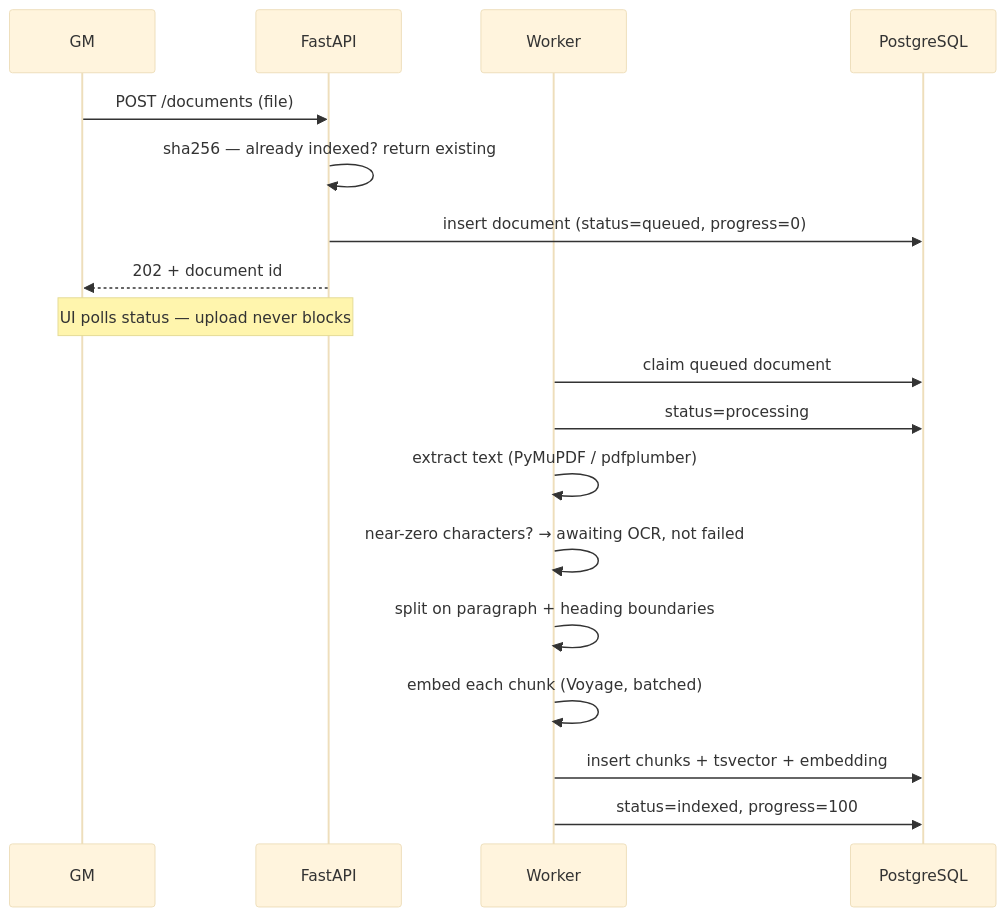
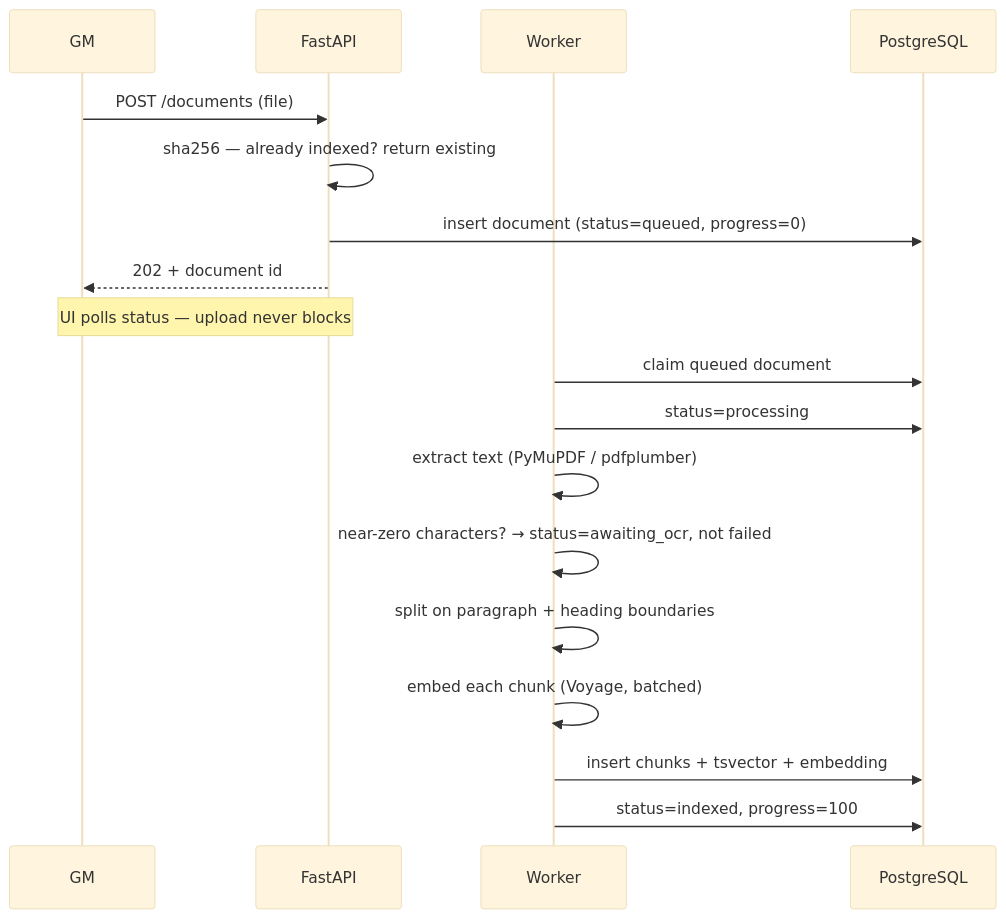
The second of 4 diagrams in docs/architecture.md (PiotrMieszczak/Quillbert), drawn with Mermaid (base theme) before and after one commit. The commit also changed 10 other files, not shown here.

````diff
--- a/docs/architecture.md
+++ b/docs/architecture.md
@@ -119,22 +119,22 @@
 ```mermaid
 sequenceDiagram
     participant U as GM
     participant API as FastAPI
     participant W as Worker
     participant DB as PostgreSQL
 
     U->>API: POST /documents (file)
     API->>API: sha256 — already indexed? return existing
     API->>DB: insert document (status=queued, progress=0)
     API-->>U: 202 + document id
     Note over U,API: UI polls status — upload never blocks
 
     W->>DB: claim queued document
     W->>DB: status=processing
     W->>W: extract text (PyMuPDF / pdfplumber)
-    W->>W: near-zero characters? → awaiting OCR, not failed
+    W->>W: near-zero characters? → status=awaiting_ocr, not failed
     W->>W: split on paragraph + heading boundaries
     W->>W: embed each chunk (Voyage, batched)
     W->>DB: insert chunks + tsvector + embedding
     W->>DB: status=indexed, progress=100
 ```
````
